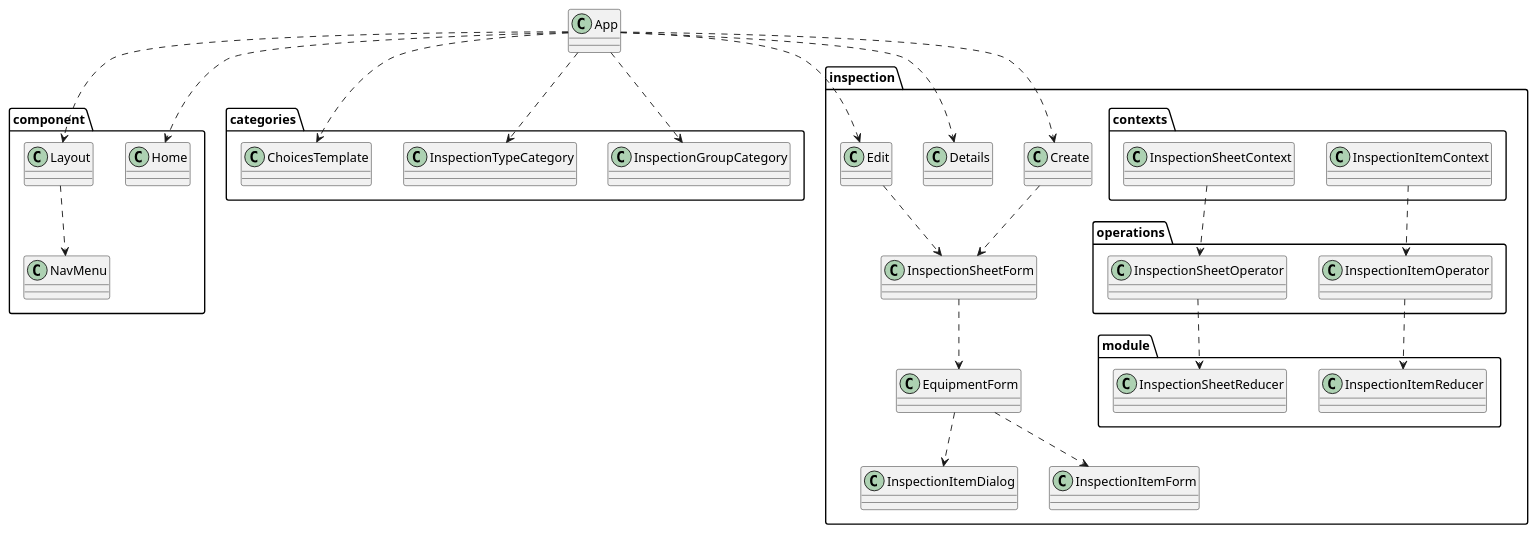
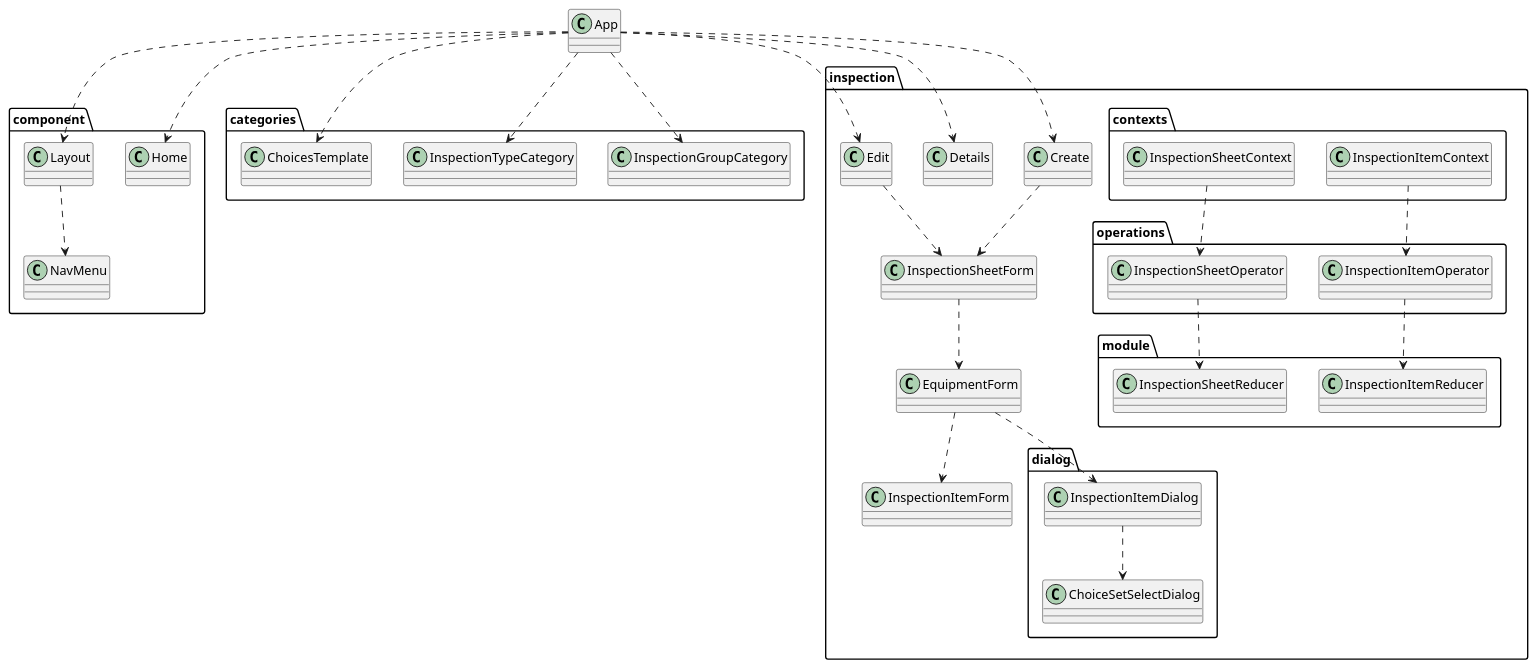
One commit to yasuaki-344/inspection-manager changed the diagram in docs/class-diagram-client.puml. Above: the diagram before and after it, drawn with PlantUML.

Commit message:
Update class diagram

```diff
--- a/docs/class-diagram-client.puml
+++ b/docs/class-diagram-client.puml
@@ -1,57 +1,62 @@
 @startuml class-diagram-client
 package component {
   class Home
   class Layout
   class NavMenu
   ' relationship
   Layout ..> NavMenu
 }
 package categories {
   class InspectionGroupCategory
   class InspectionTypeCategory
   class ChoicesTemplate
   ' relationship
 }
 package inspection {
   class Create
   class Details
   class Edit
   class EquipmentForm
-  class InspectionItemDialog
   class InspectionItemForm
   package module {
     class InspectionItemReducer
     class InspectionSheetReducer
   }
   package operations {
     class InspectionSheetOperator
     class InspectionItemOperator
   }
   package contexts {
     class InspectionSheetContext
     class InspectionItemContext
+  }
+  package dialog {
+    class ChoiceSetSelectDialog
+    class InspectionItemDialog
+    ' relationship
+    InspectionItemDialog ..> ChoiceSetSelectDialog
   }
   ' relationship
   Create ..> InspectionSheetForm
   Edit ..> InspectionSheetForm
   InspectionSheetForm ..> EquipmentForm
   EquipmentForm ..> InspectionItemDialog
   EquipmentForm ..> InspectionItemForm
   InspectionItemContext ..> InspectionItemOperator
   InspectionSheetContext ..> InspectionSheetOperator
   InspectionItemOperator ..> InspectionItemReducer
   InspectionSheetOperator ..> InspectionSheetReducer
 }
 class App
 
 ' relationship
 App ..> Layout
 App ..> Home
 App ..> InspectionGroupCategory
 App ..> InspectionTypeCategory
 App ..> ChoicesTemplate
 App ..> Create
 App ..> Details
 App ..> Edit
 
 @enduml
```
